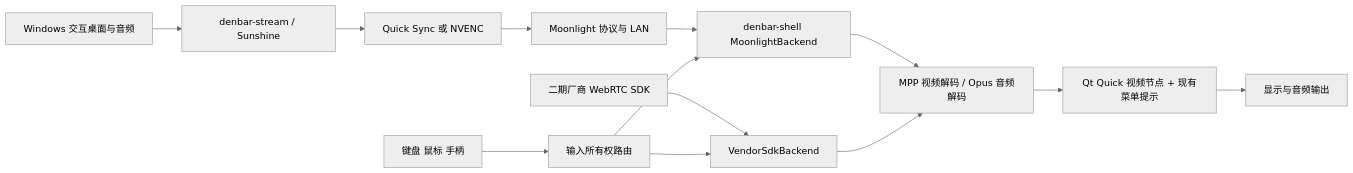
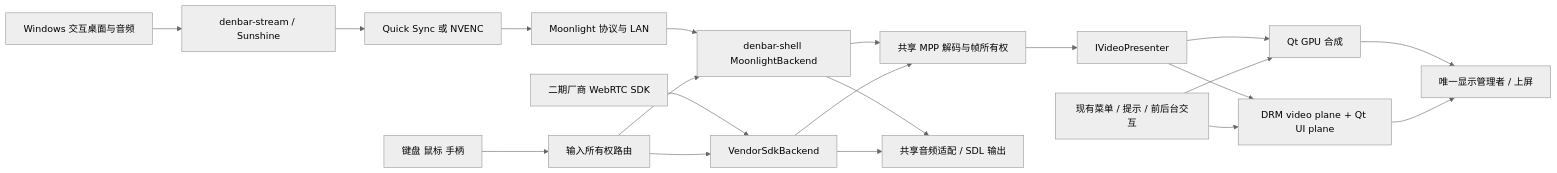
The diagram in docs/superpowers/specs/2026-10-27-denbar-stream-integration-design.md (TangChengLin/denbar-stream), drawn with Mermaid (neutral theme) before and after one commit. The commit also changed other lines of this file and 1 other file, not shown here.

````diff
--- a/docs/superpowers/specs/2026-10-27-denbar-stream-integration-design.md
+++ b/docs/superpowers/specs/2026-10-27-denbar-stream-integration-design.md
@@ -38,15 +48,22 @@
 ```mermaid
 flowchart LR
   W[Windows 交互桌面与音频] --> S[denbar-stream / Sunshine]
   S --> E[Quick Sync 或 NVENC]
   E --> M[Moonlight 协议与 LAN]
   M --> B[denbar-shell MoonlightBackend]
   V[二期厂商 WebRTC SDK] --> A[VendorSdkBackend]
-  B --> D[MPP 视频解码 / Opus 音频解码]
+  B --> D[共享 MPP 解码与帧所有权]
   A --> D
-  D --> Q[Qt Quick 视频节点 + 现有菜单提示]
-  Q --> O[显示与音频输出]
+  D --> P[IVideoPresenter]
+  P --> Q[Qt GPU 合成]
+  P --> K[DRM video plane + Qt UI plane]
+  U[现有菜单 / 提示 / 前后台交互] --> Q
+  U --> K
+  Q --> O[唯一显示管理者 / 上屏]
+  K --> O
+  B --> AU[共享音频适配 / SDL 输出]
+  A --> AU
   I[键盘 鼠标 手柄] --> R[输入所有权路由]
   R --> B
   R --> A
 ```
````
